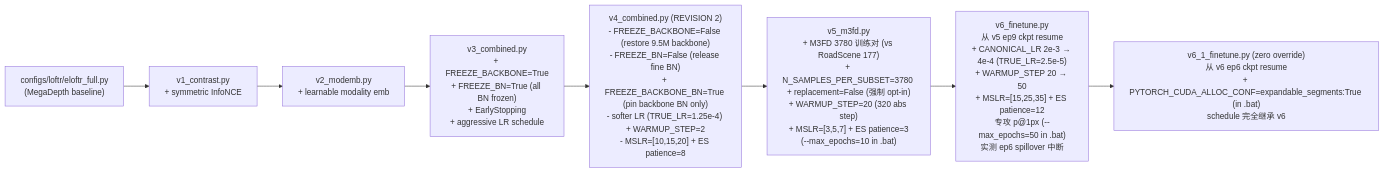
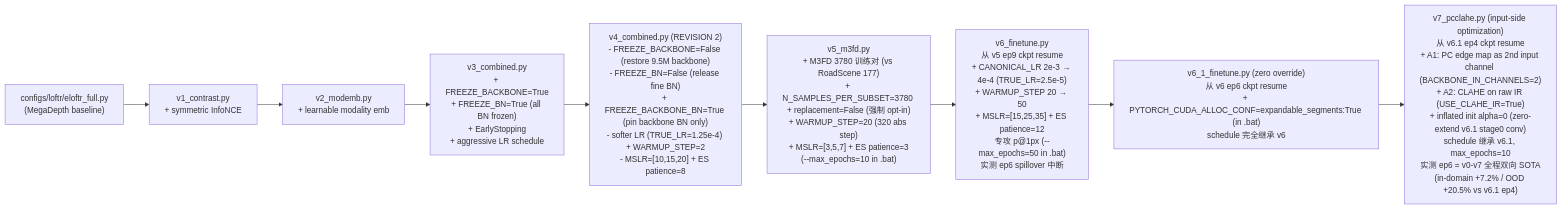
The first of 2 diagrams in .cursor/skills/eloftr-cross-modal-experiments/SKILL.md (abirdlikefish/eloftr), drawn with Mermaid before and after one commit. The commit also changed other lines of this file and 21 other files, not shown here.

Commit message:
优化skill，进行v7增加边缘图和直方图优化

````diff
--- a/.cursor/skills/eloftr-cross-modal-experiments/SKILL.md
+++ b/.cursor/skills/eloftr-cross-modal-experiments/SKILL.md
@@ -13,10 +20,11 @@
 ```mermaid
 flowchart LR
     base["configs/loftr/eloftr_full.py<br/>(MegaDepth baseline)"] --> v1["v1_contrast.py<br/>+ symmetric InfoNCE"]
     v1 --> v2["v2_modemb.py<br/>+ learnable modality emb"]
     v2 --> v3["v3_combined.py<br/>+ FREEZE_BACKBONE=True<br/>+ FREEZE_BN=True (all BN frozen)<br/>+ EarlyStopping<br/>+ aggressive LR schedule"]
     v3 --> v4["v4_combined.py (REVISION 2)<br/>- FREEZE_BACKBONE=False (restore 9.5M backbone)<br/>- FREEZE_BN=False (release fine BN)<br/>+ FREEZE_BACKBONE_BN=True (pin backbone BN only)<br/>- softer LR (TRUE_LR=1.25e-4) + WARMUP_STEP=2<br/>- MSLR=[10,15,20] + ES patience=8"]
     v4 --> v5["v5_m3fd.py<br/>+ M3FD 3780 训练对 (vs RoadScene 177)<br/>+ N_SAMPLES_PER_SUBSET=3780 + replacement=False (强制 opt-in)<br/>+ WARMUP_STEP=20 (320 abs step)<br/>+ MSLR=[3,5,7] + ES patience=3<br/>(--max_epochs=10 in .bat)"]
     v5 --> v6["v6_finetune.py<br/>从 v5 ep9 ckpt resume<br/>+ CANONICAL_LR 2e-3 → 4e-4 (TRUE_LR=2.5e-5)<br/>+ WARMUP_STEP 20 → 50<br/>+ MSLR=[15,25,35] + ES patience=12<br/>专攻 p@1px (--max_epochs=50 in .bat)<br/>实测 ep6 spillover 中断"]
     v6 --> v6_1["v6_1_finetune.py (zero override)<br/>从 v6 ep6 ckpt resume<br/>+ PYTORCH_CUDA_ALLOC_CONF=expandable_segments:True (in .bat)<br/>schedule 完全继承 v6"]
+    v6_1 --> v7["v7_pcclahe.py (input-side optimization)<br/>从 v6.1 ep4 ckpt resume<br/>+ A1: PC edge map as 2nd input channel (BACKBONE_IN_CHANNELS=2)<br/>+ A2: CLAHE on raw IR (USE_CLAHE_IR=True)<br/>+ inflated init alpha=0 (zero-extend v6.1 stage0 conv)<br/>schedule 继承 v6.1, max_epochs=10<br/>实测 ep6 = v0-v7 全程双向 SOTA<br/>(in-domain +7.2% / OOD +20.5% vs v6.1 ep4)"]
 ```
````
